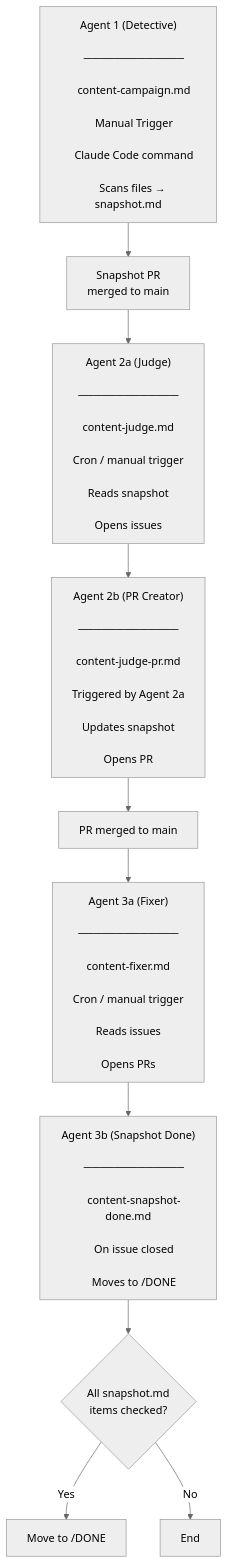
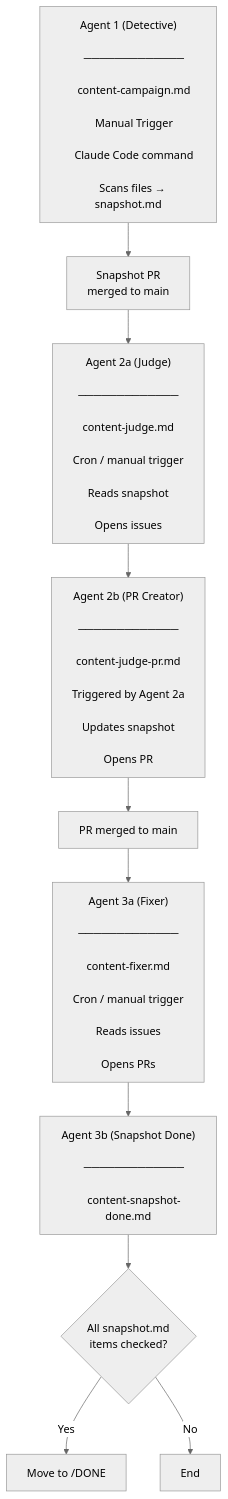
The diagram in .github/ContentHawk/README.md (SSWConsulting/SSW.Rules.Content), drawn with Mermaid (neutral theme) before and after one commit.

Commit message:
removed F

````diff
--- a/.github/ContentHawk/README.md
+++ b/.github/ContentHawk/README.md
@@ -7,50 +7,49 @@
 ```mermaid
 flowchart TD
     A["Agent 1 (Detective)<br/>
     ─────────────<br/>
     content-campaign.md<br/>
     Manual Trigger<br/>
     Claude Code command<br/>
     Scans files → snapshot.md"]
 
     B["Snapshot PR <br/> merged to main"]
 
     C["Agent 2a (Judge)<br/>
     ─────────────<br/>
     content-judge.md<br/>
     Cron / manual trigger<br/>
     Reads snapshot<br/>
     Opens issues"]
 
     D["Agent 2b (PR Creator)<br/>
     ─────────────<br/>
     content-judge-pr.md<br/>
     Triggered by Agent 2a<br/>
     Updates snapshot<br/>
     Opens PR"]
 
     E["PR merged to main"]
 
     F["Agent 3a (Fixer)<br/>
     ─────────────<br/>
     content-fixer.md<br/>
     Cron / manual trigger<br/>
     Reads issues<br/>
     Opens PRs"]
 
     H["Agent 3b (Snapshot Done)<br/>
     ─────────────<br/>
     content-snapshot-done.md<br/>
-    On issue closed<br/>
-    Moves to /DONE"]
+    "]
 
     I{"All snapshot.md <br/> items checked?"}
 
     J["Move to /DONE"]
 
     K["End"]
 
     A --> B --> C --> D --> E --> F --> H --> I
     I -- Yes --> J
     I -- No --> K
 ```
````
